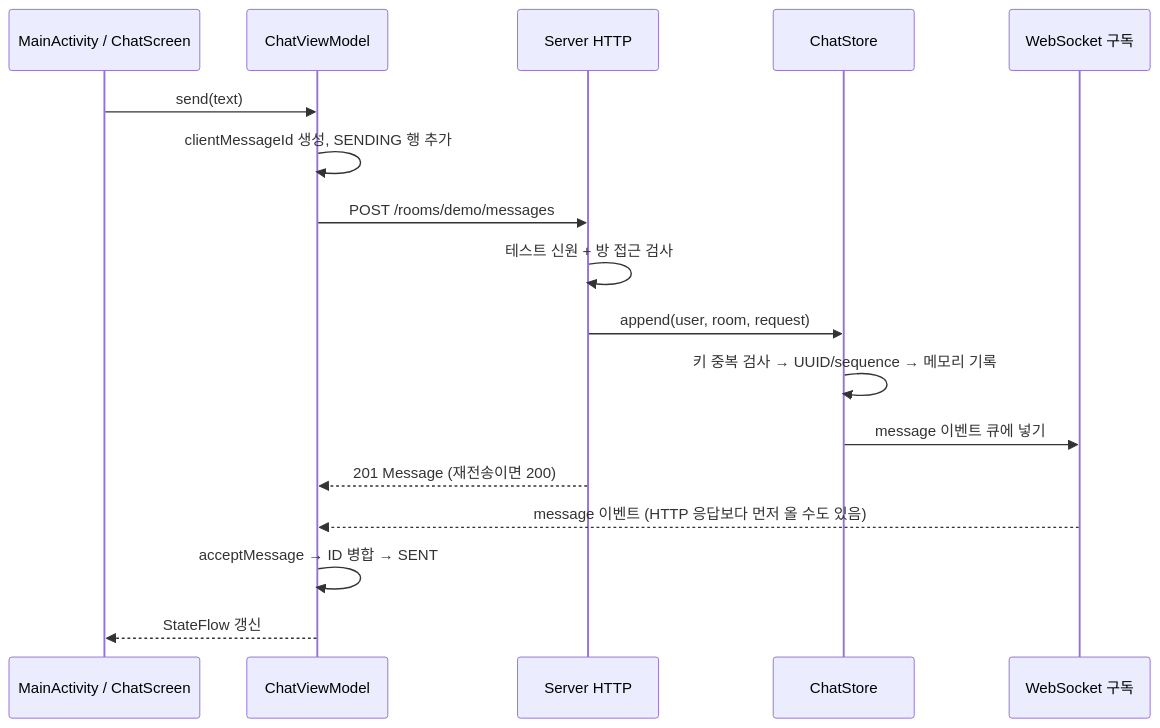
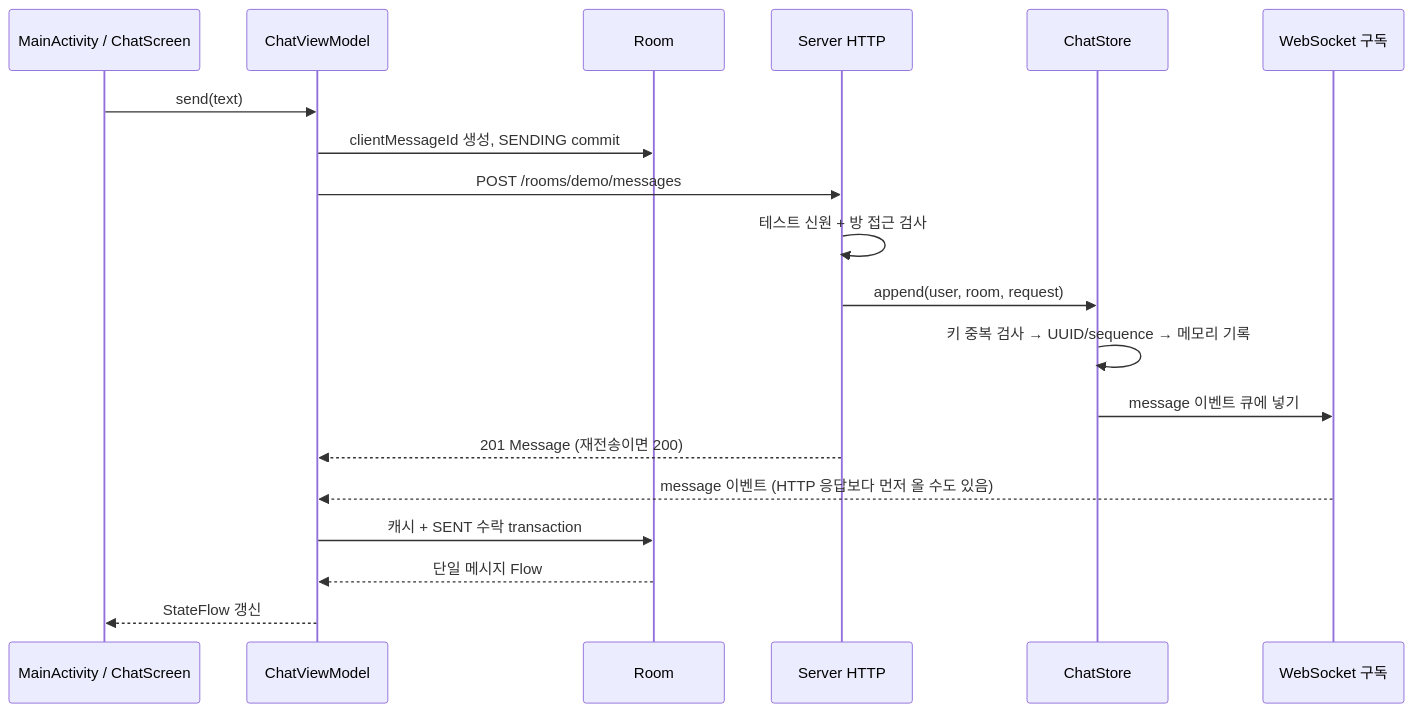
One commit to easyhooon/chat-sync-lab changed the first of 2 diagrams in STUDY_GUIDE.md. Above: the diagram before and after it, drawn with Mermaid. The commit also changed other lines of this file and 18 other files, not shown here.

````diff
--- a/STUDY_GUIDE.md
+++ b/STUDY_GUIDE.md
@@ -7,19 +7,21 @@
 ```mermaid
 sequenceDiagram
     participant UI as MainActivity / ChatScreen
     participant VM as ChatViewModel
+    participant DB as Room
     participant HTTP as Server HTTP
     participant Store as ChatStore
     participant WS as WebSocket 구독
     UI->>VM: send(text)
-    VM->>VM: clientMessageId 생성, SENDING 행 추가
+    VM->>DB: clientMessageId 생성, SENDING commit
     VM->>HTTP: POST /rooms/demo/messages
     HTTP->>HTTP: 테스트 신원 + 방 접근 검사
     HTTP->>Store: append(user, room, request)
     Store->>Store: 키 중복 검사 → UUID/sequence → 메모리 기록
     Store->>WS: message 이벤트 큐에 넣기
     HTTP-->>VM: 201 Message (재전송이면 200)
     WS-->>VM: message 이벤트 (HTTP 응답보다 먼저 올 수도 있음)
-    VM->>VM: acceptMessage → ID 병합 → SENT
+    VM->>DB: 캐시 + SENT 수락 transaction
+    DB-->>VM: 단일 메시지 Flow
     VM-->>UI: StateFlow 갱신
 ```
````
